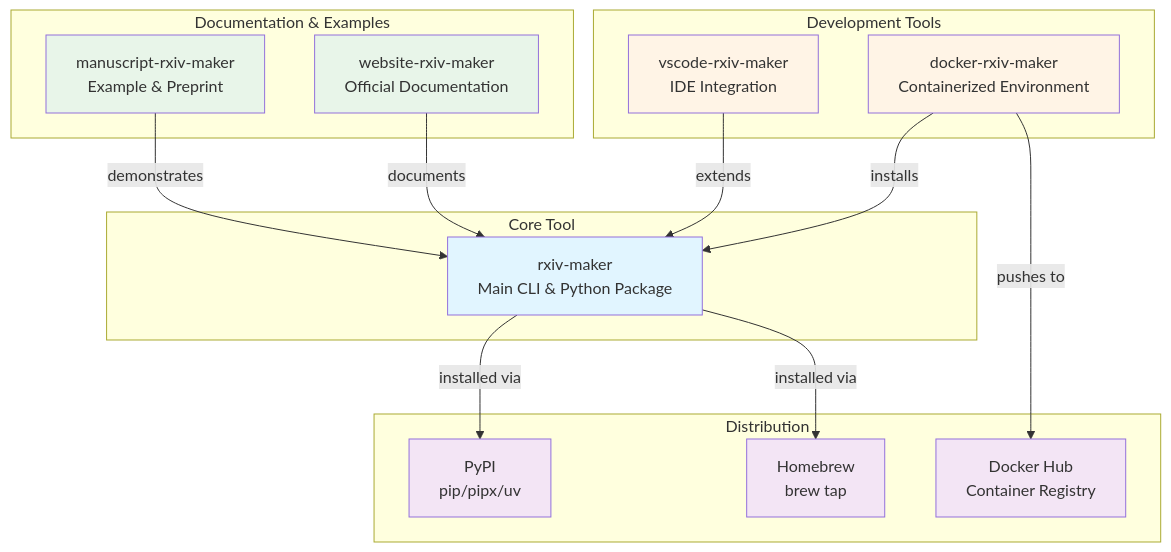
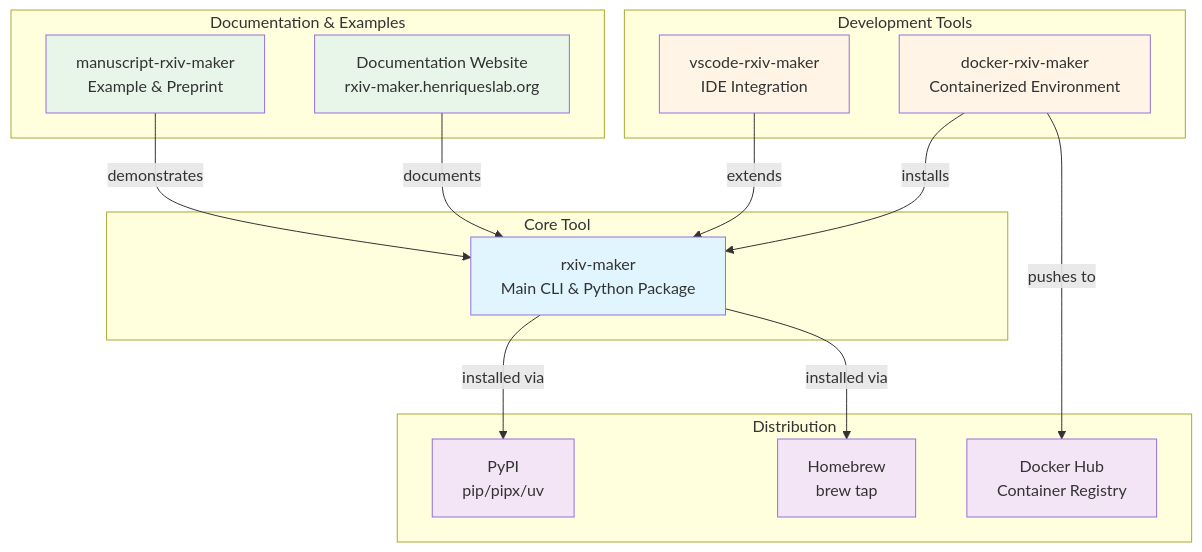
One commit to HenriquesLab/rxiv-maker changed the first of 10 diagrams in docs/ECOSYSTEM.md. Above: the diagram before and after it, drawn with Mermaid. The commit also changed other lines of this file and 1 other file, not shown here.

````diff
--- a/docs/ECOSYSTEM.md
+++ b/docs/ECOSYSTEM.md
@@ -27,39 +27,39 @@
 ```mermaid
 graph TB
     subgraph "Core Tool"
         A[rxiv-maker<br/>Main CLI & Python Package]
     end
 
     subgraph "Development Tools"
         B[vscode-rxiv-maker<br/>IDE Integration]
         C[docker-rxiv-maker<br/>Containerized Environment]
     end
 
     subgraph "Documentation & Examples"
-        D[website-rxiv-maker<br/>Official Documentation]
+        D[Documentation Website<br/>rxiv-maker.henriqueslab.org]
         E[manuscript-rxiv-maker<br/>Example & Preprint]
     end
 
     subgraph "Distribution"
         F[PyPI<br/>pip/pipx/uv]
         G[Homebrew<br/>brew tap]
         H[Docker Hub<br/>Container Registry]
     end
 
     A -->|installed via| F
     A -->|installed via| G
     C -->|installs| A
     C -->|pushes to| H
     B -->|extends| A
     D -->|documents| A
     E -->|demonstrates| A
 
     style A fill:#e1f5ff
     style B fill:#fff4e6
     style C fill:#fff4e6
     style D fill:#e8f5e9
     style E fill:#e8f5e9
     style F fill:#f3e5f5
     style G fill:#f3e5f5
     style H fill:#f3e5f5
 ```
````
